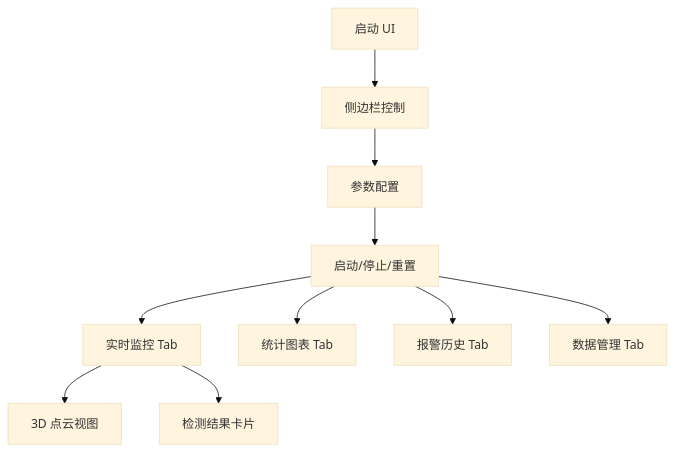
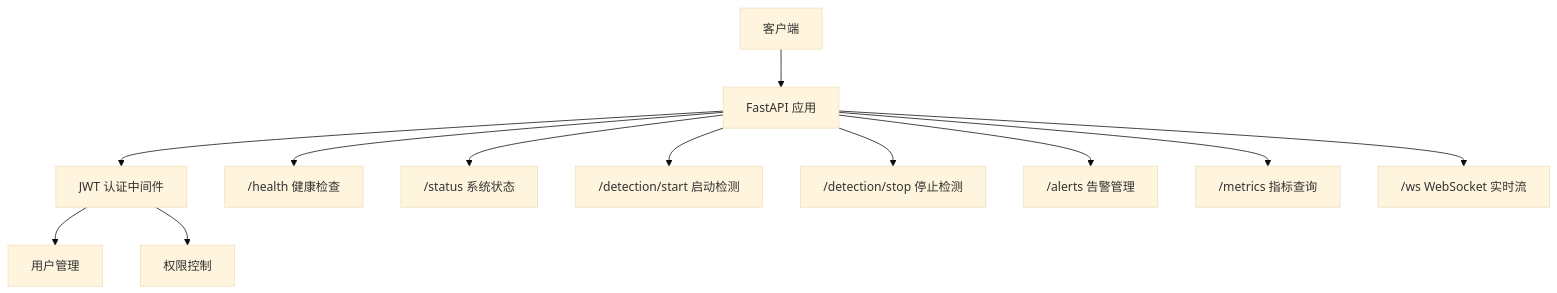
Before and after one commit to nanfeng2021/fall-detection-system: the sixth of 6 diagrams in .qoder/repowiki/zh/content/开发指南/开发指南.md, drawn with Mermaid (base theme). The commit also changed other lines of this file and 16 other files, not shown here.

````diff
--- a/.qoder/repowiki/zh/content/开发指南/开发指南.md
+++ b/.qoder/repowiki/zh/content/开发指南/开发指南.md
@@ -250,12 +316,14 @@
 ```mermaid
 flowchart TD
-A["启动 UI"] --> B["侧边栏控制"]
-B --> C["参数配置"]
-C --> D["启动/停止/重置"]
-D --> E["实时监控 Tab"]
-E --> F["3D 点云视图"]
-E --> G["检测结果卡片"]
-D --> H["统计图表 Tab"]
-D --> I["报警历史 Tab"]
-D --> J["数据管理 Tab"]
+Client["客户端"] --> API["FastAPI 应用"]
+API --> Auth["JWT 认证中间件"]
+API --> Health["/health 健康检查"]
+API --> Status["/status 系统状态"]
+API --> Start["/detection/start 启动检测"]
+API --> Stop["/detection/stop 停止检测"]
+API --> Alerts["/alerts 告警管理"]
+API --> Metrics["/metrics 指标查询"]
+API --> WS["/ws WebSocket 实时流"]
+Auth --> User["用户管理"]
+Auth --> Role["权限控制"]
 ```
````
